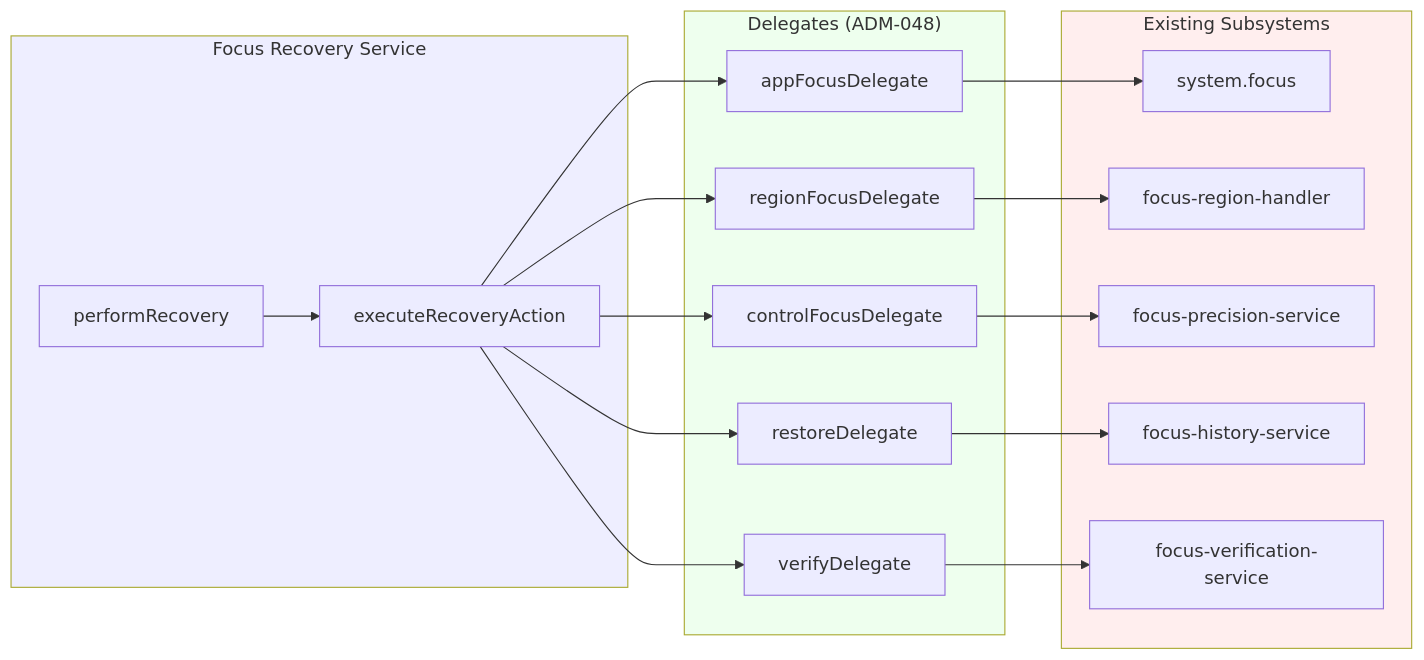
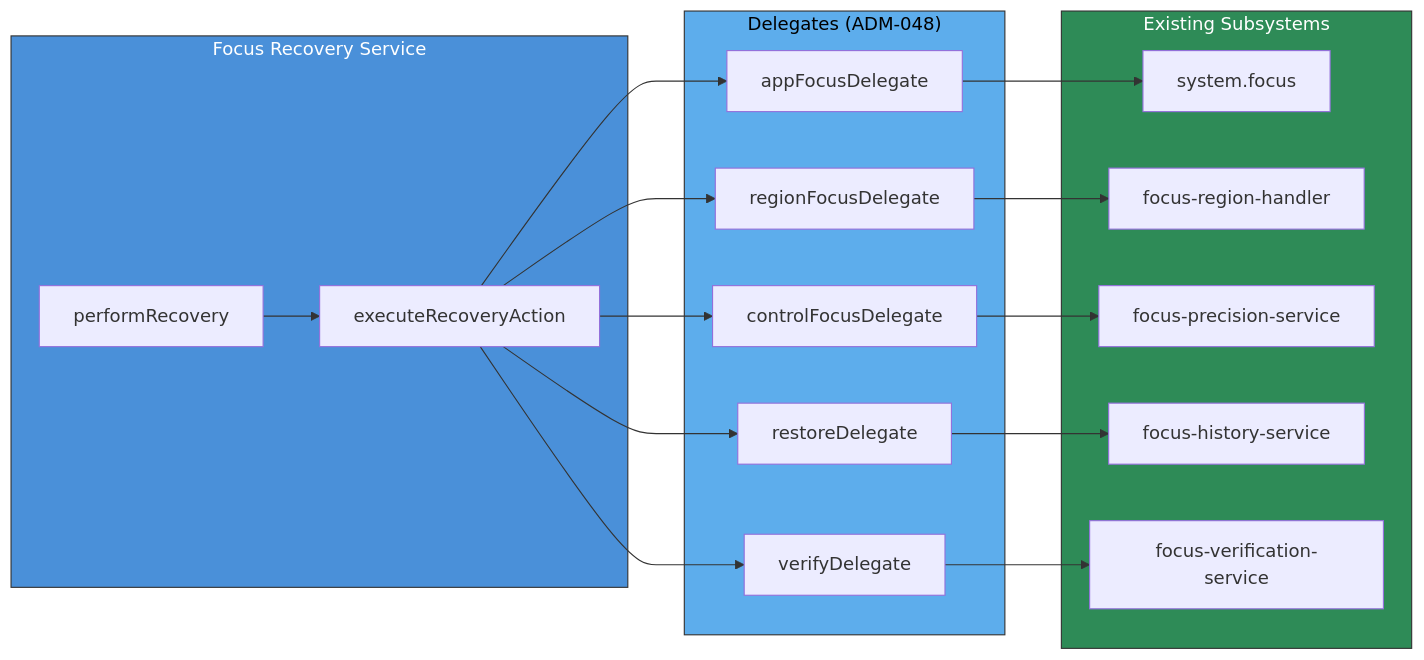
The second of 2 diagrams in focus-recovery-zip/focus-recovery-technical-documentation.md (novelbytelabs/ArqonMaestro), drawn with Mermaid before and after one commit. The commit also changed other lines of this file and 1 other file, not shown here.

Commit message:
Fix: Update diagram colors for better visibility - darker backgrounds with black/white text

````diff
--- a/focus-recovery-zip/focus-recovery-technical-documentation.md
+++ b/focus-recovery-zip/focus-recovery-technical-documentation.md
@@ -96,26 +96,26 @@
 ```mermaid
 flowchart LR
     subgraph Recovery["Focus Recovery Service"]
         A[performRecovery] --> B[executeRecoveryAction]
     end
     
     subgraph Delegates["Delegates (ADM-048)"]
         B --> C[appFocusDelegate]
         B --> D[regionFocusDelegate]
         B --> E[controlFocusDelegate]
         B --> F[restoreDelegate]
         B --> G[verifyDelegate]
     end
     
     subgraph Subsystems["Existing Subsystems"]
         C --> H[system.focus]
         D --> I[focus-region-handler]
         E --> J[focus-precision-service]
         F --> K[focus-history-service]
         G --> L[focus-verification-service]
     end
     
-    style Recovery fill:#eef
-    style Delegates fill:#efe
-    style Subsystems fill:#fee
+    style Recovery fill:#4a90d9,stroke:#333,color:#fff
+    style Delegates fill:#5dadec,stroke:#333,color:#000
+    style Subsystems fill:#2e8b57,stroke:#333,color:#fff
 ```
````
